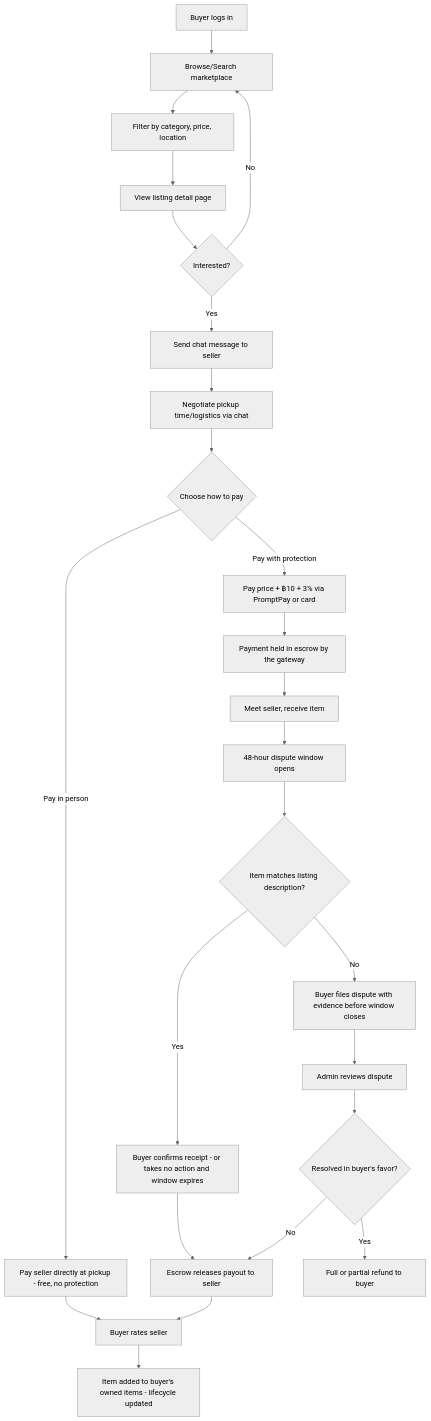
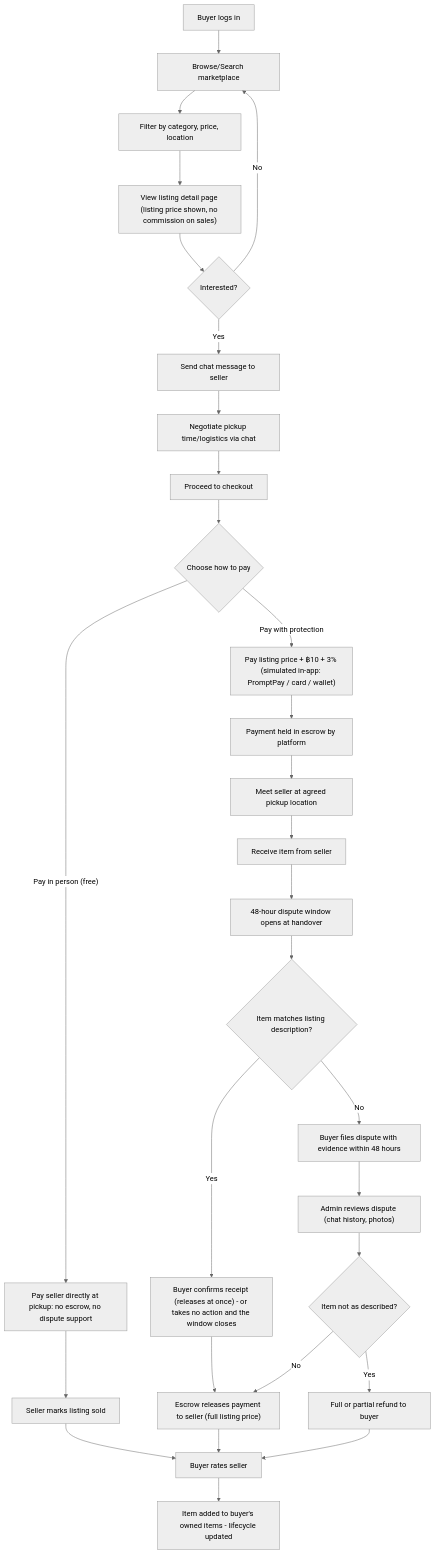
The second of 4 diagrams in docs/Mapping&UF.md (pcismyname/ait_marketplace), drawn with Mermaid (neutral theme) before and after one commit. The commit also changed other lines of this file and 15 other files, not shown here.

First line of the commit message:
Redraw user-flow and use-case figures to match BusinessRules.md

````diff
--- a/docs/Mapping&UF.md
+++ b/docs/Mapping&UF.md
@@ -213,27 +224,34 @@
 ```mermaid
 flowchart TD
     A[Buyer logs in] --> B[Browse/Search marketplace]
     B --> C[Filter by category, price, location]
-    C --> D[View listing detail page]
+    C --> D["View listing detail page (listing price shown, no commission on sales)"]
     D --> E{Interested?}
     E -- No --> B
     E -- Yes --> F[Send chat message to seller]
     F --> G[Negotiate pickup time/logistics via chat]
-    G --> H{Choose how to pay}
-    H -- Pay in person --> I[Pay seller directly at pickup - free, no protection]
-    I --> Q
-    H -- Pay with protection --> J["Pay price + ฿10 + 3% via PromptPay or card"]
-    J --> K[Payment held in escrow by the gateway]
-    K --> L[Meet seller, receive item]
-    L --> M["48-hour dispute window opens"]
-    M --> N{Item matches listing description?}
-    N -- Yes --> O[Buyer confirms receipt - or takes no action and window expires]
-    O --> P[Escrow releases payout to seller]
-    P --> Q[Buyer rates seller]
-    Q --> R[Item added to buyer's owned items - lifecycle updated]
-    N -- No --> S[Buyer files dispute with evidence before window closes]
-    S --> T[Admin reviews dispute]
-    T --> U{Resolved in buyer's favor?}
-    U -- Yes --> V[Full or partial refund to buyer]
-    U -- No --> P
+    G --> H[Proceed to checkout]
+    H --> I{Choose how to pay}
+
+    I -- "Pay in person (free)" --> J["Pay seller directly at pickup: no escrow, no dispute support"]
+    J --> K[Seller marks listing sold]
+    K --> R
+
+    I -- "Pay with protection" --> L["Pay listing price + ฿10 + 3% (simulated in-app: PromptPay / card / wallet)"]
+    L --> M[Payment held in escrow by platform]
+    M --> N[Meet seller at agreed pickup location]
+    N --> O[Receive item from seller]
+    O --> P["48-hour dispute window opens at handover"]
+    P --> Q{Item matches listing description?}
+    Q -- Yes --> S["Buyer confirms receipt (releases at once) - or takes no action and the window closes"]
+    S --> T["Escrow releases payment to seller (full listing price)"]
+    Q -- No --> U[Buyer files dispute with evidence within 48 hours]
+    U --> V["Admin reviews dispute (chat history, photos)"]
+    V --> W{Item not as described?}
+    W -- No --> T
+    W -- Yes --> X[Full or partial refund to buyer]
+
+    T --> R[Buyer rates seller]
+    X --> R
+    R --> Y["Item added to buyer's owned items - lifecycle updated"]
 ```
````
